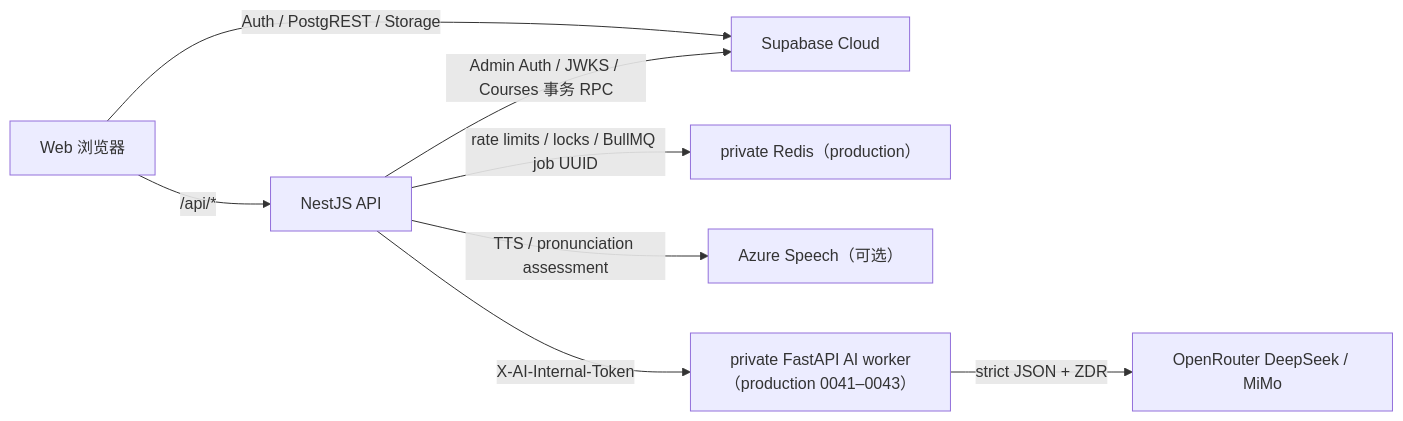
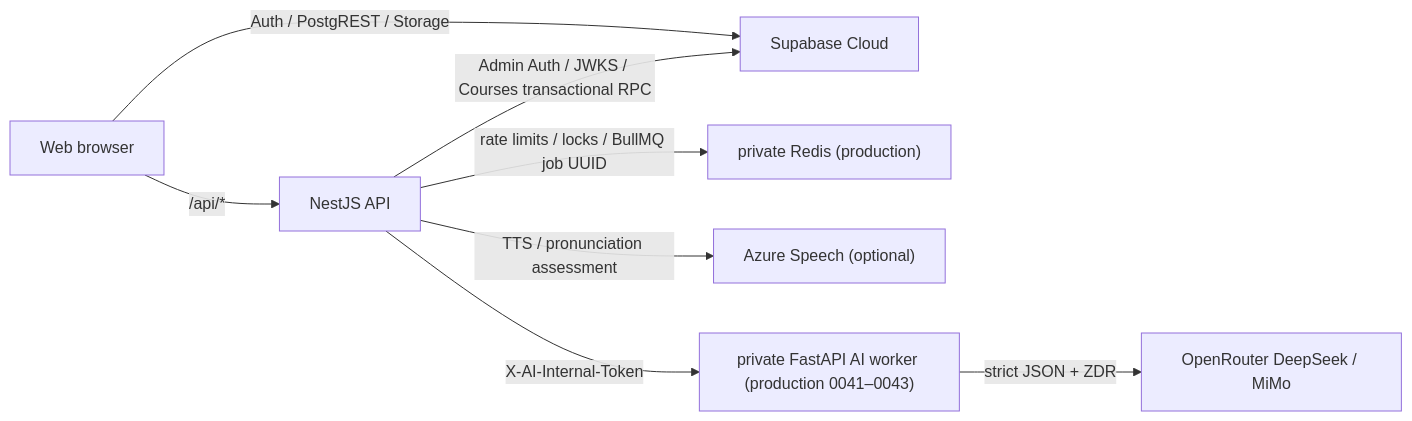
Before and after one commit to HuanZhang2006/Nalanda: the diagram in docs/guides/API.md, drawn with Mermaid. The commit also changed other lines of this file and 114 other files, not shown here.

````diff
--- a/docs/guides/API.md
+++ b/docs/guides/API.md
@@ -9,10 +9,10 @@
 ```mermaid
 flowchart LR
-    Browser["Web 浏览器"] -->|"/api/*"| Nest["NestJS API"]
+    Browser["Web browser"] -->|"/api/*"| Nest["NestJS API"]
     Browser -->|"Auth / PostgREST / Storage"| Supabase["Supabase Cloud"]
-    Nest -->|"rate limits / locks / BullMQ job UUID"| Redis["private Redis（production）"]
-    Nest -->|"Admin Auth / JWKS / Courses 事务 RPC"| Supabase
-    Nest -->|"TTS / pronunciation assessment"| Azure["Azure Speech（可选）"]
-    Nest -->|"X-AI-Internal-Token"| AI["private FastAPI AI worker（production 0041–0043）"]
+    Nest -->|"rate limits / locks / BullMQ job UUID"| Redis["private Redis (production)"]
+    Nest -->|"Admin Auth / JWKS / Courses transactional RPC"| Supabase
+    Nest -->|"TTS / pronunciation assessment"| Azure["Azure Speech (optional)"]
+    Nest -->|"X-AI-Internal-Token"| AI["private FastAPI AI worker (production 0041–0043)"]
     AI -->|"strict JSON + ZDR"| OpenRouter["OpenRouter DeepSeek / MiMo"]
 ```
````
